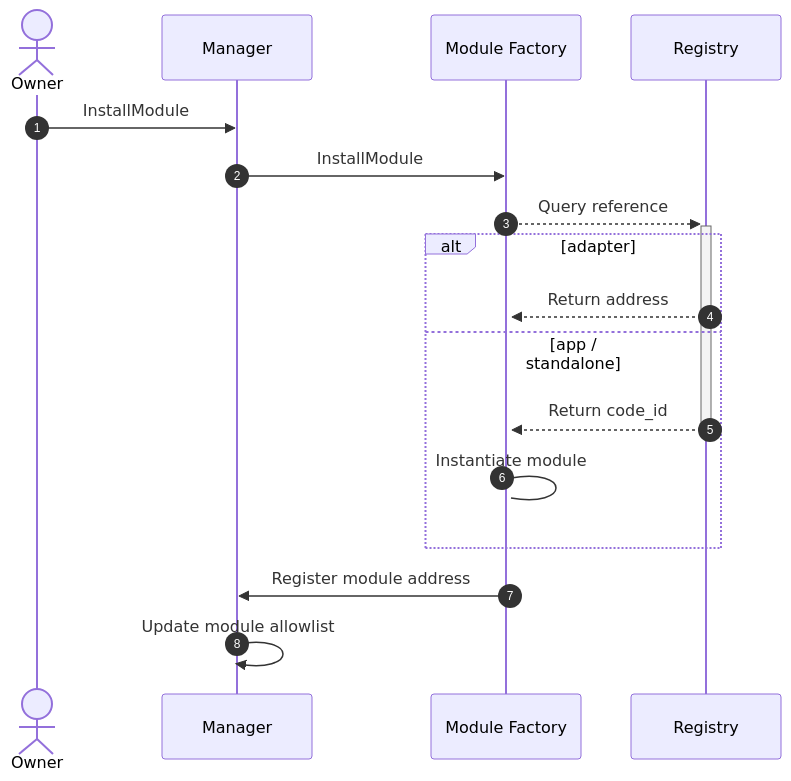
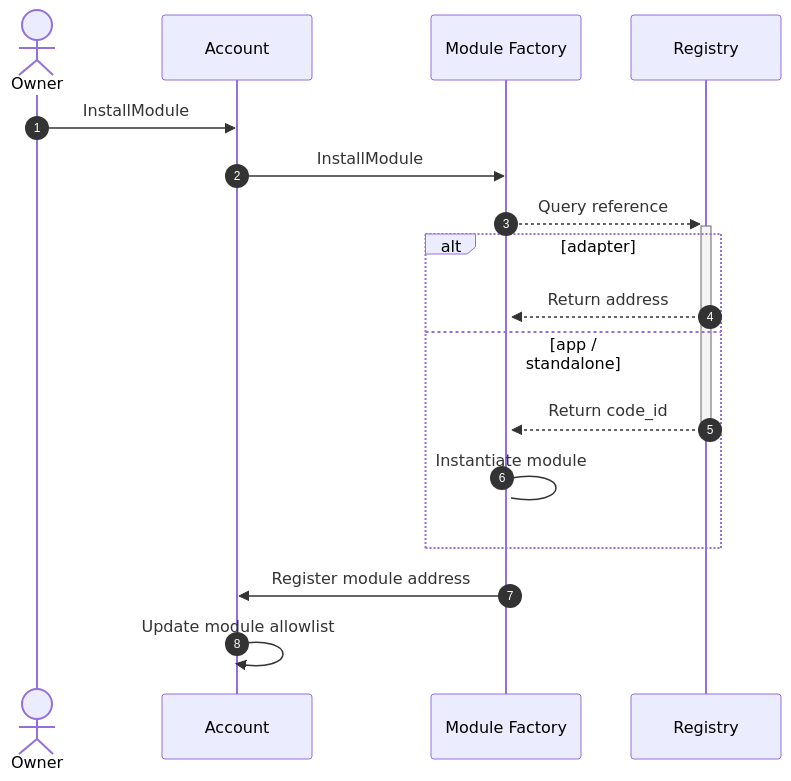
Before and after one commit to AbstractSDK/abstract: the first of 4 diagrams in framework/docs/src/5_platform/5_module_factory.md, drawn with Mermaid. The commit also changed other lines of this file and 3 other files, not shown here.

````diff
--- a/framework/docs/src/5_platform/5_module_factory.md
+++ b/framework/docs/src/5_platform/5_module_factory.md
@@ -13,21 +13,21 @@
 ```mermaid
 sequenceDiagram
     autonumber
     actor U as Owner
-    participant A as Manager
+    participant A as Account
     participant MF as Module Factory
     participant REG as Registry
 
     U ->> A: InstallModule
     A ->> MF: InstallModule
     MF -->>+ REG: Query reference
     alt adapter
         REG -->>+ MF: Return address
     else app / standalone
         REG -->>- MF: Return code_id
         MF -> MF: Instantiate module
     end
     MF ->> A: Register module address
 
     A ->> A: Update module allowlist
 ```
````
